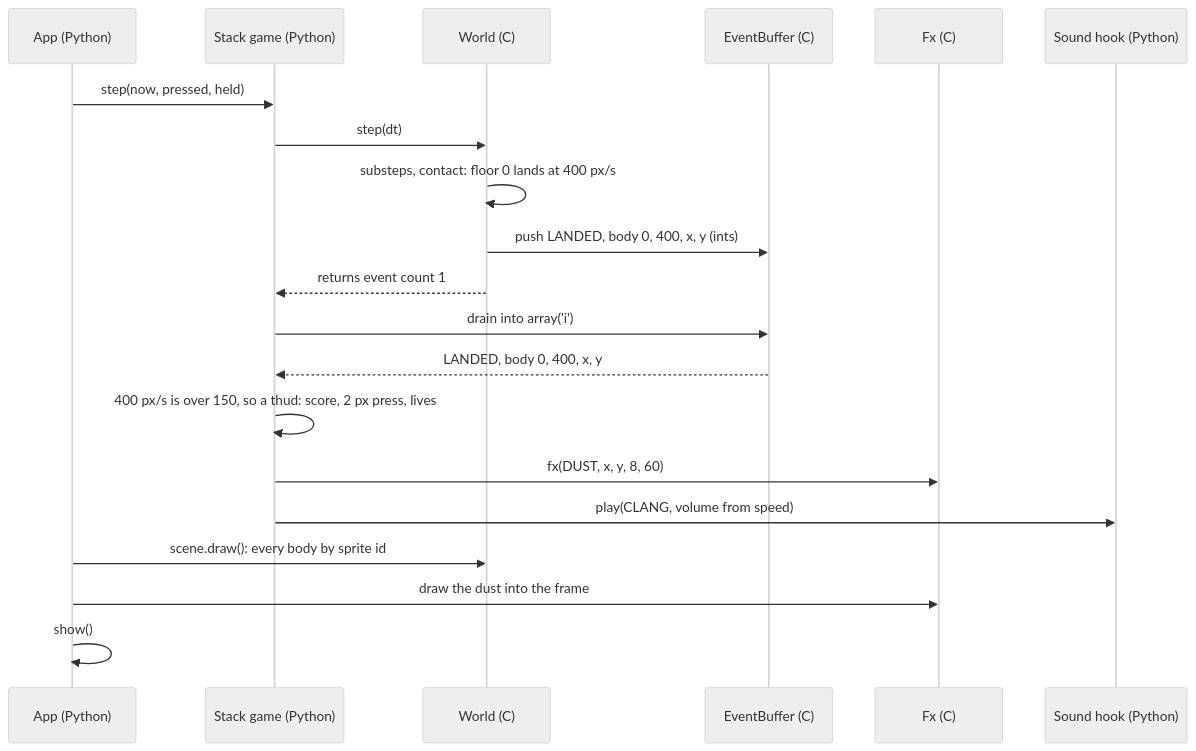
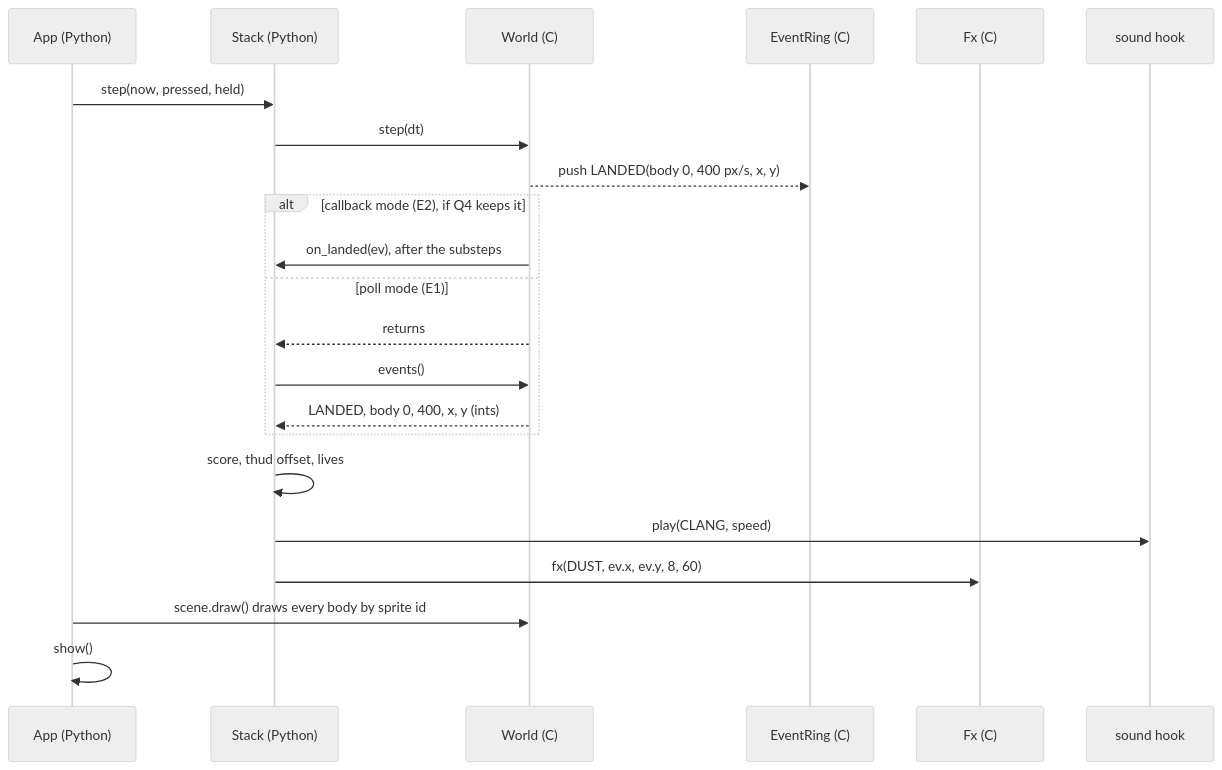
One commit to xmejkal/pixel-games changed the fourth of 6 diagrams in docs/discovery/2026-11-03-engine/brief.md. Above: the diagram before and after it, drawn with Mermaid (neutral theme). The commit also changed other lines of this file and 5 other files, not shown here.

````diff
--- a/docs/discovery/2026-11-03-engine/brief.md
+++ b/docs/discovery/2026-11-03-engine/brief.md
@@ -206,22 +183,24 @@
 ```mermaid
 sequenceDiagram
   participant App as App (Python)
-  participant G as Stack game (Python)
+  participant G as Stack (Python)
   participant W as World (C)
-  participant B as EventBuffer (C)
+  participant R as EventRing (C)
   participant FX as Fx (C)
-  participant S as Sound hook (Python)
+  participant S as sound hook
   App->>G: step(now, pressed, held)
   G->>W: step(dt)
-  W->>W: substeps, contact: floor 0 lands at 400 px/s
-  W->>B: push LANDED, body 0, 400, x, y (ints)
-  W-->>G: returns event count 1
-  G->>B: drain into array('i')
-  B-->>G: LANDED, body 0, 400, x, y
-  G->>G: 400 px/s is over 150, so a thud: score, 2 px press, lives
-  G->>FX: fx(DUST, x, y, 8, 60)
-  G->>S: play(CLANG, volume from speed)
-  App->>W: scene.draw(): every body by sprite id
-  App->>FX: draw the dust into the frame
+  W-->>R: push LANDED(body 0, 400 px/s, x, y)
+  alt callback mode (E2), if Q4 keeps it
+    W->>G: on_landed(ev), after the substeps
+  else poll mode (E1)
+    W-->>G: returns
+    G->>W: events()
+    W-->>G: LANDED, body 0, 400, x, y (ints)
+  end
+  G->>G: score, thud offset, lives
+  G->>S: play(CLANG, speed)
+  G->>FX: fx(DUST, ev.x, ev.y, 8, 60)
+  App->>W: scene.draw() draws every body by sprite id
   App->>App: show()
 ```
````
